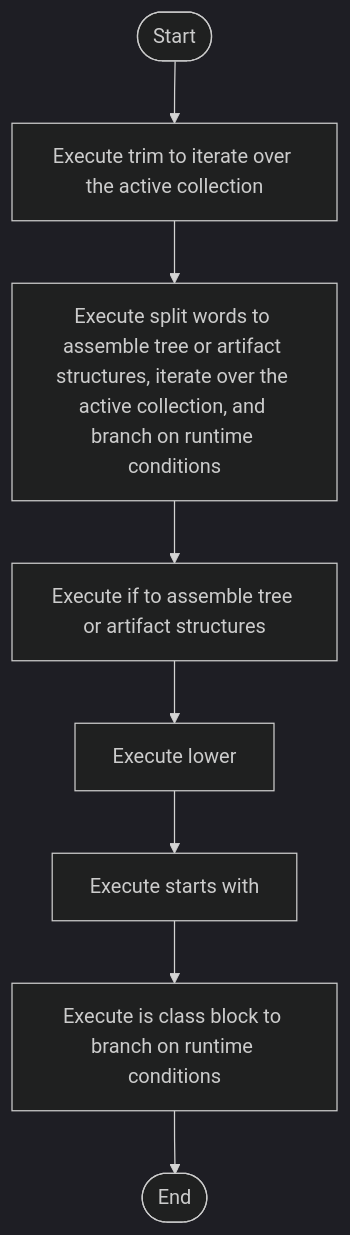
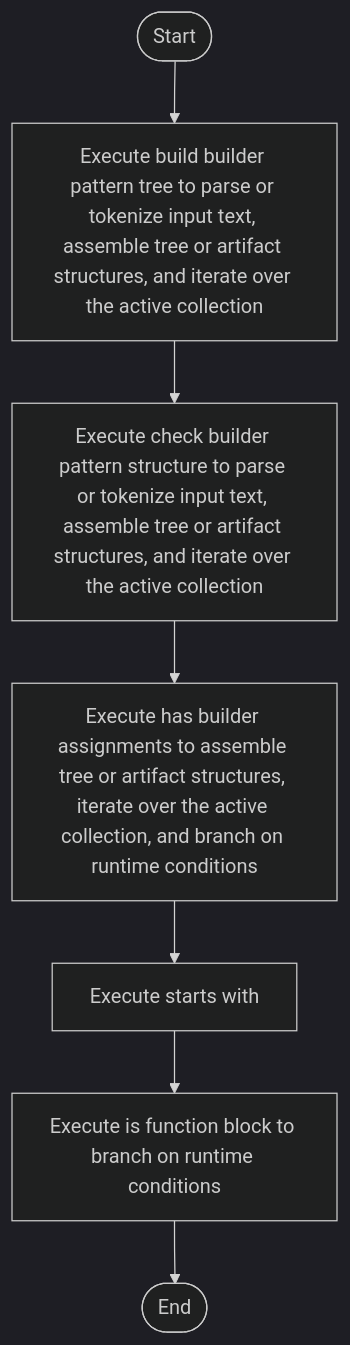
One commit to JohnAndrewBalbarosa/NeoTerritory changed the diagram in docs/Codebase/Microservice/Modules/Source/Creational/Builder/builder_pattern_logic.cpp.md. Above: the diagram before and after it, drawn with Mermaid (dark theme). The commit also changed 148 other files, not shown here.

````diff
--- a/docs/Codebase/Microservice/Modules/Source/Creational/Builder/builder_pattern_logic.cpp.md
+++ b/docs/Codebase/Microservice/Modules/Source/Creational/Builder/builder_pattern_logic.cpp.md
@@ -35,18 +35,16 @@
 ```mermaid
 flowchart TD
     Start([Start])
-    N0[Execute trim to iterate over the active collection]
-    N1[Execute split words to assemble tree or artifact structures, iterate over the active collection, and branch on runtime conditions]
-    N2[Execute if to assemble tree or artifact structures]
-    N3[Execute lower]
-    N4[Execute starts with]
-    N5[Execute is class block to branch on runtime conditions]
+    N0[Execute build builder pattern tree to parse or tokenize input text, assemble tree or artifact structures, and iterate over the active collection]
+    N1[Execute check builder pattern structure to parse or tokenize input text, assemble tree or artifact structures, and iterate over the active collection]
+    N2[Execute has builder assignments to assemble tree or artifact structures, iterate over the active collection, and branch on runtime conditions]
+    N3[Execute starts with]
+    N4[Execute is function block to branch on runtime conditions]
     End([End])
     Start --> N0
     N0 --> N1
     N1 --> N2
     N2 --> N3
     N3 --> N4
-    N4 --> N5
-    N5 --> End
+    N4 --> End
 ```
````
